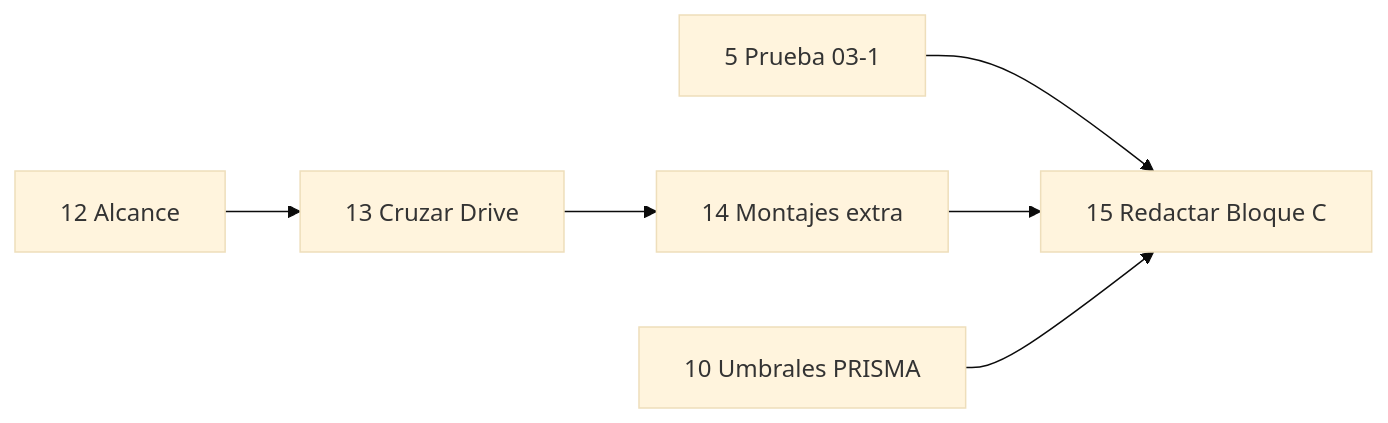
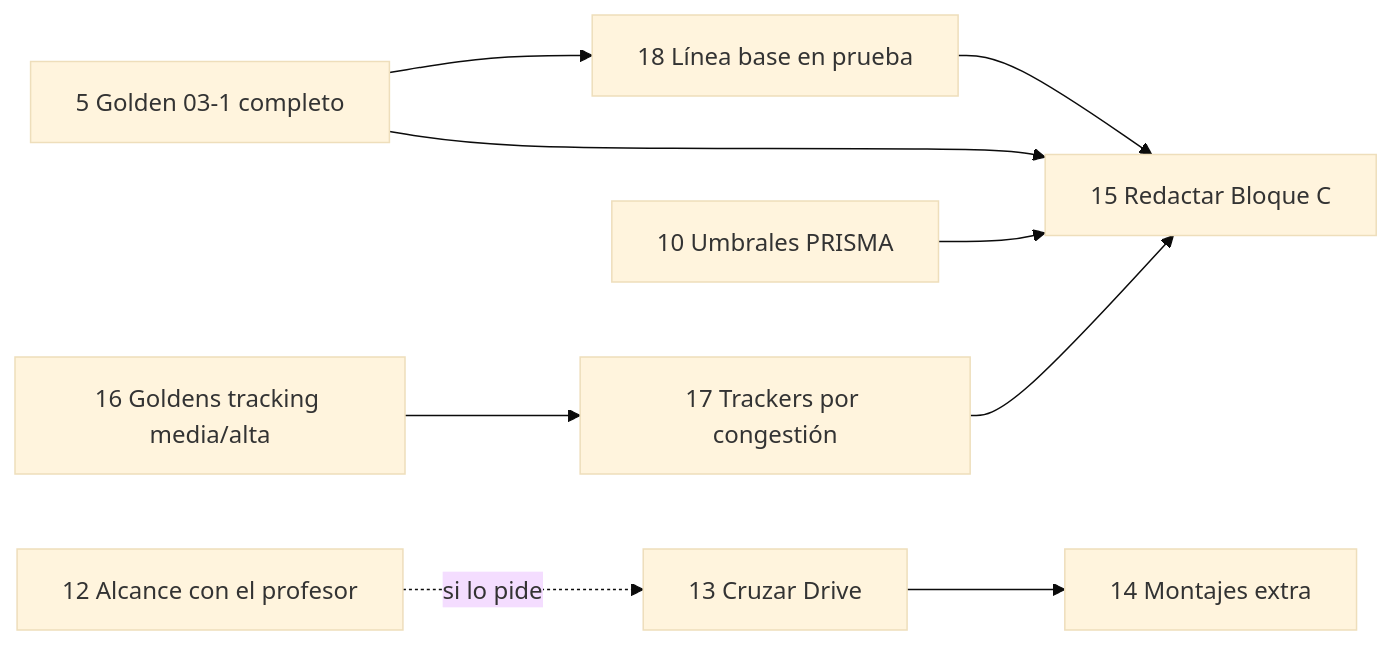
One commit to CamiloGarcia06/Multi-Object-Tracking changed the diagram in docs/roadmap-2026-10-12.md. Above: the diagram before and after it, drawn with Mermaid (base theme). The commit also changed other lines of this file and 1 other file, not shown here.

First line of the commit message:
Avance del 12-10 y pendientes cruzados con los objetivos

````diff
--- a/docs/roadmap-2026-10-12.md
+++ b/docs/roadmap-2026-10-12.md
@@ -191,8 +198,10 @@
 ```mermaid
 graph LR
-  T5[5 Prueba 03-1] --> T15[15 Redactar Bloque C]
-  T12[12 Alcance] --> T13[13 Cruzar Drive]
-  T13 --> T14[14 Montajes extra]
-  T14 --> T15
+  T5[5 Golden 03-1 completo] --> T18[18 Línea base en prueba]
+  T5 --> T15[15 Redactar Bloque C]
+  T16[16 Goldens tracking media/alta] --> T17[17 Trackers por congestión]
+  T17 --> T15
+  T18 --> T15
   T10[10 Umbrales PRISMA] --> T15
+  T12[12 Alcance con el profesor] -.si lo pide.-> T13[13 Cruzar Drive] --> T14[14 Montajes extra]
 ```
````
